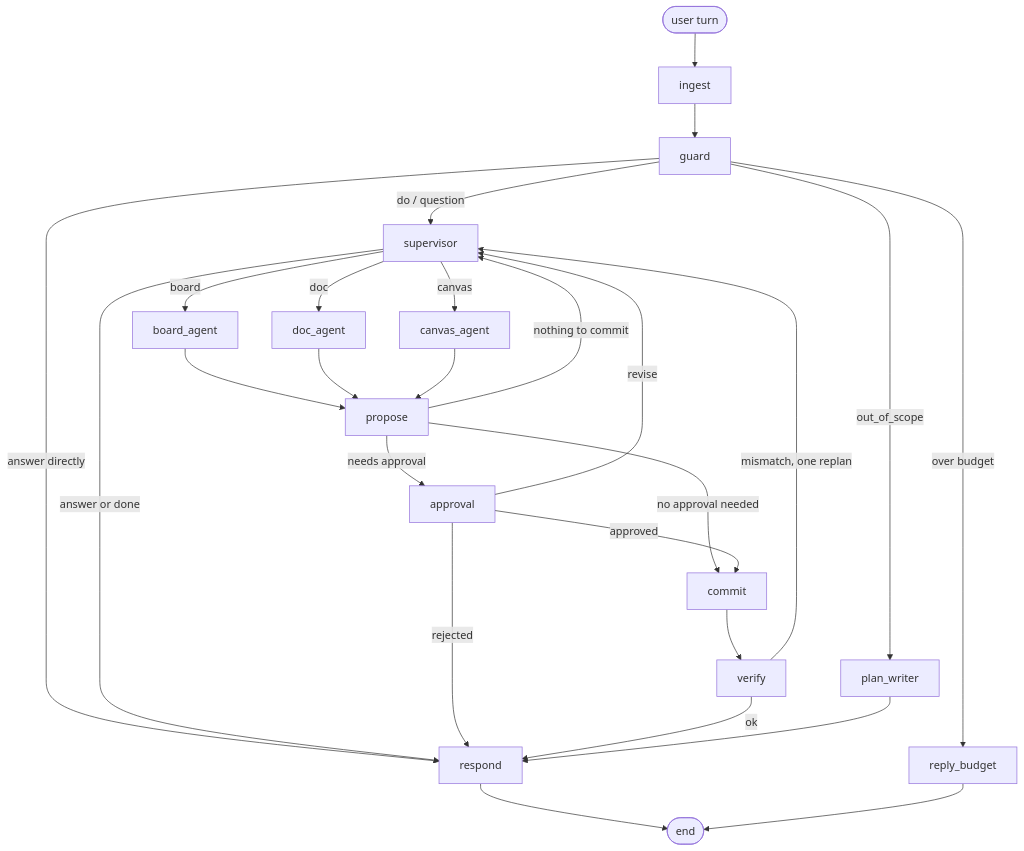
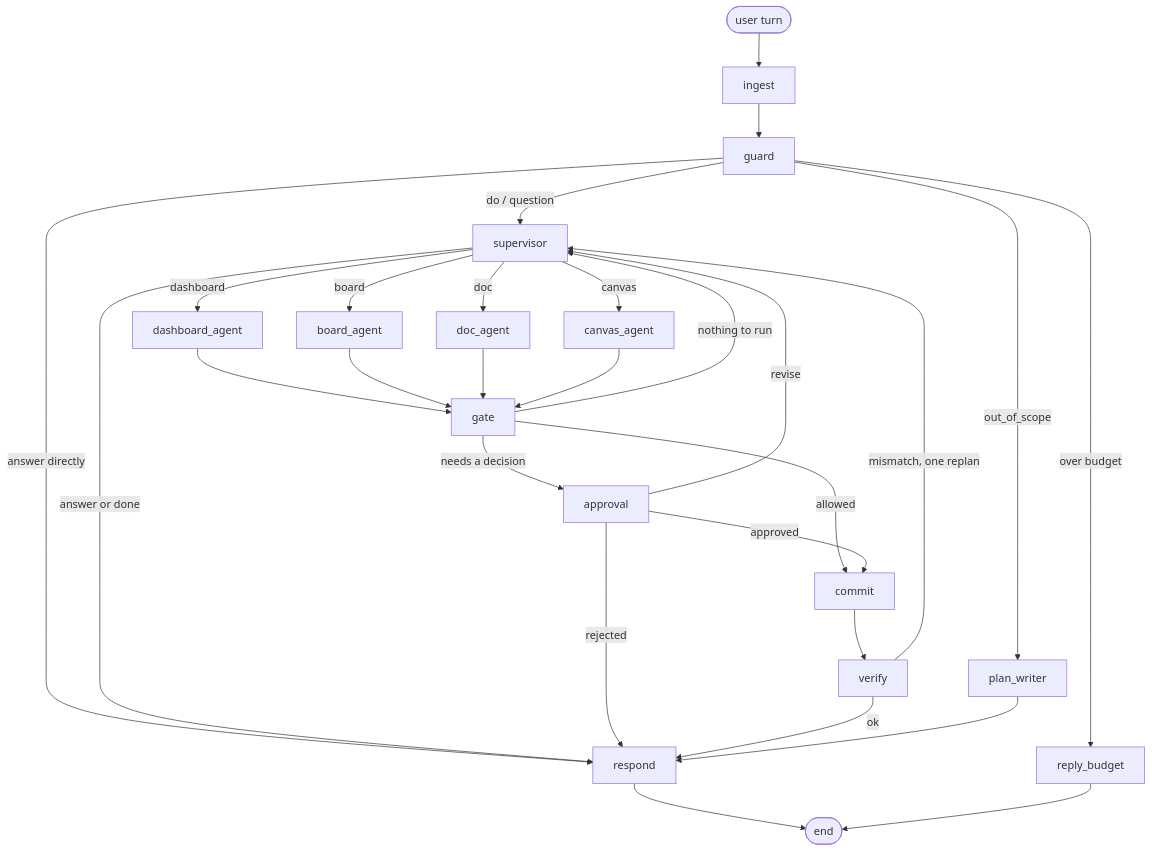
The second of 2 diagrams in docs/agent-architecture.md (misiekhardcore/agentic-whiteboard), drawn with Mermaid before and after one commit. The commit also changed other lines of this file, not shown here.

First line of the commit message:
docs: make the agent spec LangGraph-native and scope the migration

````diff
--- a/docs/agent-architecture.md
+++ b/docs/agent-architecture.md
@@ -254,28 +236,30 @@
 ```mermaid
 flowchart TD
     start([user turn]) --> ingest
     ingest --> guard
     guard -->|over budget| reply_budget
     guard -->|out_of_scope| plan_writer
     guard -->|do / question| supervisor
     guard -->|answer directly| respond
+    supervisor -->|dashboard| dashboard_agent
     supervisor -->|board| board_agent
     supervisor -->|doc| doc_agent
     supervisor -->|canvas| canvas_agent
     supervisor -->|answer or done| respond
-    board_agent --> propose
-    doc_agent --> propose
-    canvas_agent --> propose
-    propose -->|nothing to commit| supervisor
-    propose -->|needs approval| approval
-    propose -->|no approval needed| commit
+    dashboard_agent --> gate
+    board_agent --> gate
+    doc_agent --> gate
+    canvas_agent --> gate
+    gate -->|nothing to run| supervisor
+    gate -->|needs a decision| approval
+    gate -->|allowed| commit
     approval -->|approved| commit
     approval -->|revise| supervisor
     approval -->|rejected| respond
     commit --> verify
     verify -->|ok| respond
     verify -->|mismatch, one replan| supervisor
     plan_writer --> respond
     respond --> done([end])
     reply_budget --> done
 ```
````
